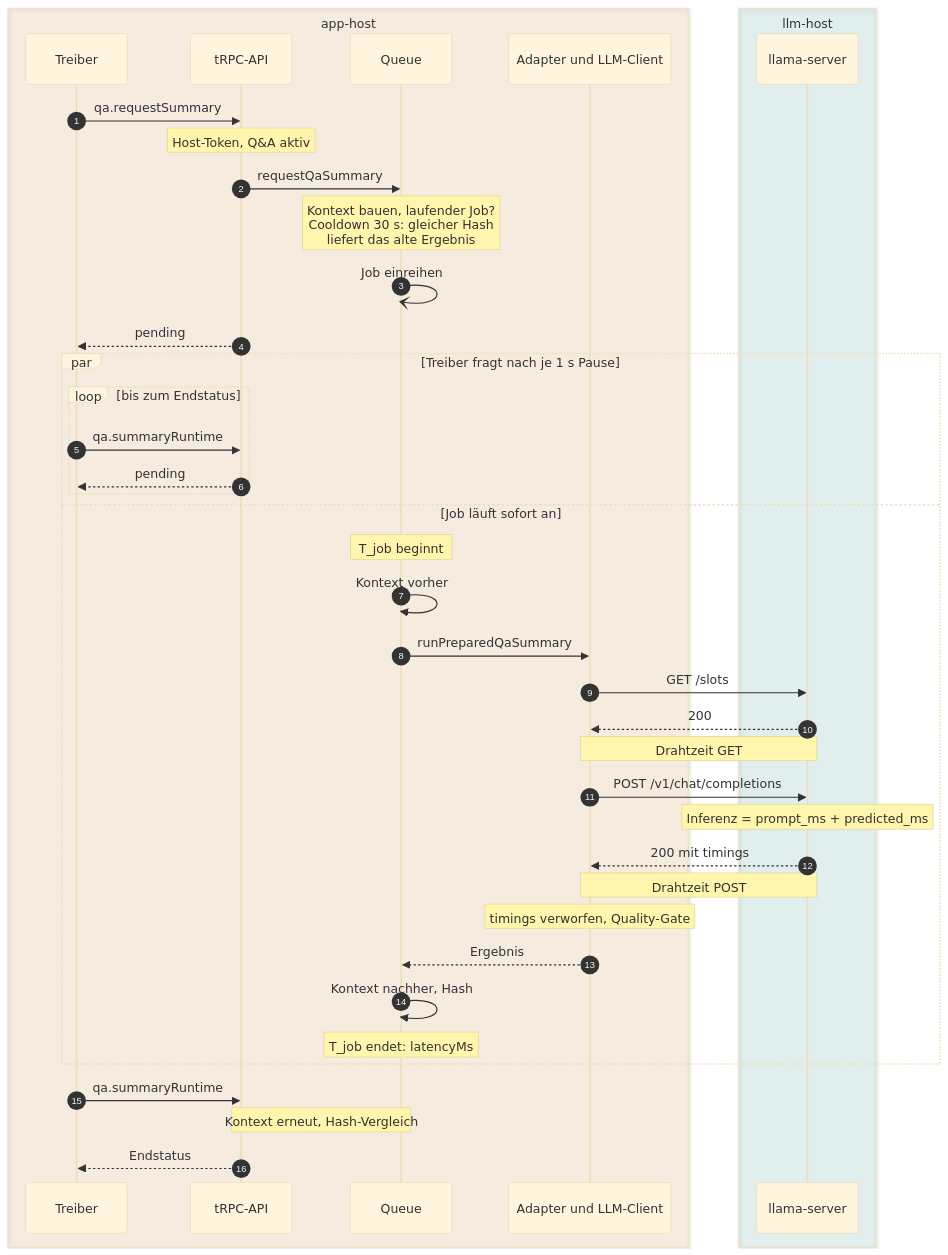
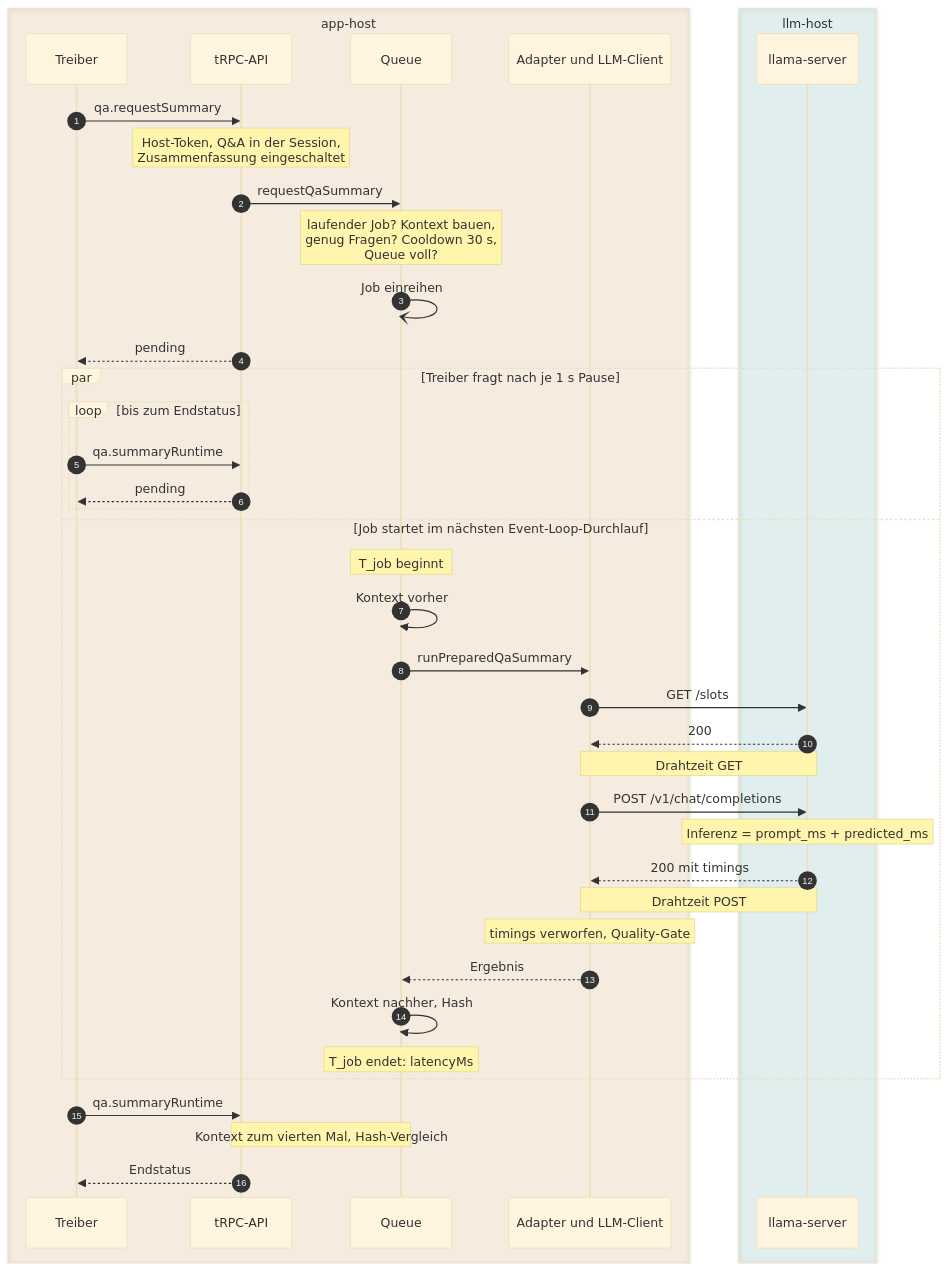
One commit to NiklasSkulll/arsnova.eu changed the diagram in docs/referat-thema-1/diagrams/1b-auftrag-sequenz.mmd. Above: the diagram before and after it, drawn with Mermaid (base theme). The commit also changed 3 other files, not shown here.

```diff
--- a/docs/referat-thema-1/diagrams/1b-auftrag-sequenz.mmd
+++ b/docs/referat-thema-1/diagrams/1b-auftrag-sequenz.mmd
@@ -1,51 +1,51 @@
 ---
 config:
   sequence:
     actorMargin: 24
     boxMargin: 9
     noteMargin: 6
     messageMargin: 28
     width: 130
 ---
 sequenceDiagram
   autonumber
   box rgba(217, 119, 6, 0.10) app-host
     participant T as Treiber
     participant A as tRPC-API
     participant Q as Queue
     participant AD as Adapter und LLM-Client
   end
   box rgba(13, 148, 136, 0.10) llm-host
     participant L as llama-server
   end
 
   T->>A: qa.requestSummary
-  Note over A: Host-Token, Q&A aktiv
+  Note over A: Host-Token, Q&A in der Session,<br/>Zusammenfassung eingeschaltet
   A->>Q: requestQaSummary
-  Note over Q: Kontext bauen, laufender Job?<br/>Cooldown 30 s: gleicher Hash<br/>liefert das alte Ergebnis
+  Note over Q: laufender Job? Kontext bauen,<br/>genug Fragen? Cooldown 30 s,<br/>Queue voll?
   Q-)Q: Job einreihen
   A-->>T: pending
   par Treiber fragt nach je 1 s Pause
     loop bis zum Endstatus
       T->>A: qa.summaryRuntime
       A-->>T: pending
     end
-  and Job läuft sofort an
+  and Job startet im nächsten Event-Loop-Durchlauf
     Note over Q: T_job beginnt
     Q->>Q: Kontext vorher
     Q->>AD: runPreparedQaSummary
     AD->>L: GET /slots
     L-->>AD: 200
     Note over AD,L: Drahtzeit GET
     AD->>L: POST /v1/chat/completions
     Note over L: Inferenz = prompt_ms + predicted_ms
     L-->>AD: 200 mit timings
     Note over AD,L: Drahtzeit POST
     Note over AD: timings verworfen, Quality-Gate
     AD-->>Q: Ergebnis
     Q->>Q: Kontext nachher, Hash
     Note over Q: T_job endet: latencyMs
   end
   T->>A: qa.summaryRuntime
-  Note over A,Q: Kontext erneut, Hash-Vergleich
+  Note over A,Q: Kontext zum vierten Mal, Hash-Vergleich
   A-->>T: Endstatus
```
